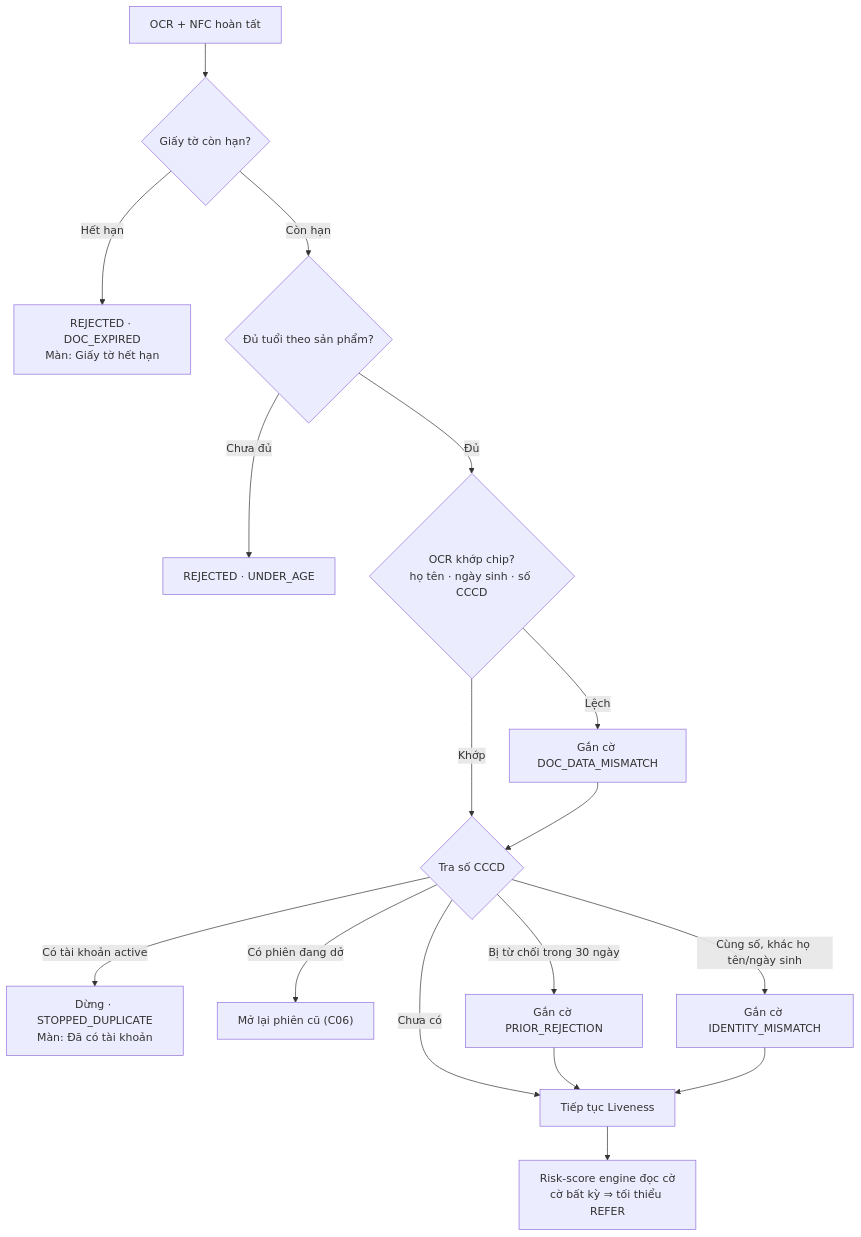
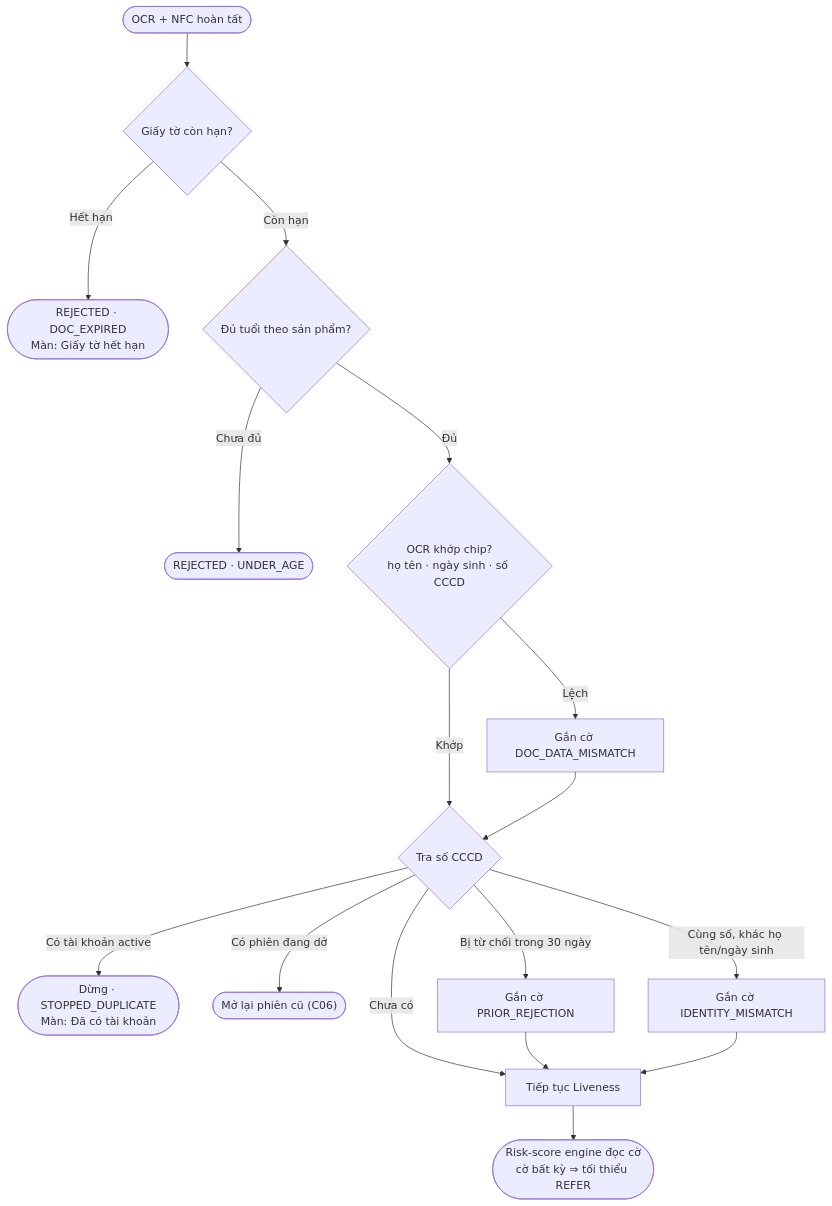
One commit to handao2303/aegis-ekyc-ui changed the diagram in docs/01-ekyc/1.1-business/C04-C05-identity-validation.md. Above: the diagram before and after it, drawn with Mermaid. The commit also changed other lines of this file and 54 other files, not shown here.

Commit message:
Full doc review: acceptance criteria for REQ-LIM-01..26, REQ-REC-21..24; header metadata (status, standard, version) completed on 24 docs; C03, Q01 approval; A03 API numbering note; start/end terminals on 10 process flowcharts; diagrams re-rendered

````diff
--- a/docs/01-ekyc/1.1-business/C04-C05-identity-validation.md
+++ b/docs/01-ekyc/1.1-business/C04-C05-identity-validation.md
@@ -15,19 +16,19 @@
 ```mermaid
 flowchart TD
-    A["OCR + NFC hoàn tất"] --> B{"Giấy tờ còn hạn?"}
-    B -- "Hết hạn" --> R1["REJECTED · DOC_EXPIRED<br/>Màn: Giấy tờ hết hạn"]
+    A(["OCR + NFC hoàn tất"]) --> B{"Giấy tờ còn hạn?"}
+    B -- "Hết hạn" --> R1(["REJECTED · DOC_EXPIRED<br/>Màn: Giấy tờ hết hạn"])
     B -- "Còn hạn" --> C{"Đủ tuổi theo sản phẩm?"}
-    C -- "Chưa đủ" --> R2["REJECTED · UNDER_AGE"]
+    C -- "Chưa đủ" --> R2(["REJECTED · UNDER_AGE"])
     C -- "Đủ" --> D{"OCR khớp chip?<br/>họ tên · ngày sinh · số CCCD"}
     D -- "Lệch" --> F1["Gắn cờ DOC_DATA_MISMATCH"]
     D -- "Khớp" --> E
     F1 --> E{"Tra số CCCD"}
-    E -- "Có tài khoản active" --> S1["Dừng · STOPPED_DUPLICATE<br/>Màn: Đã có tài khoản"]
-    E -- "Có phiên đang dở" --> S2["Mở lại phiên cũ (C06)"]
+    E -- "Có tài khoản active" --> S1(["Dừng · STOPPED_DUPLICATE<br/>Màn: Đã có tài khoản"])
+    E -- "Có phiên đang dở" --> S2(["Mở lại phiên cũ (C06)"])
     E -- "Bị từ chối trong 30 ngày" --> F2["Gắn cờ PRIOR_REJECTION"]
     E -- "Cùng số, khác họ tên/ngày sinh" --> F3["Gắn cờ IDENTITY_MISMATCH"]
     E -- "Chưa có" --> L
     F2 --> L["Tiếp tục Liveness"]
     F3 --> L
-    L --> M["Risk-score engine đọc cờ<br/>cờ bất kỳ ⇒ tối thiểu REFER"]
+    L --> M(["Risk-score engine đọc cờ<br/>cờ bất kỳ ⇒ tối thiểu REFER"])
 ```
````
